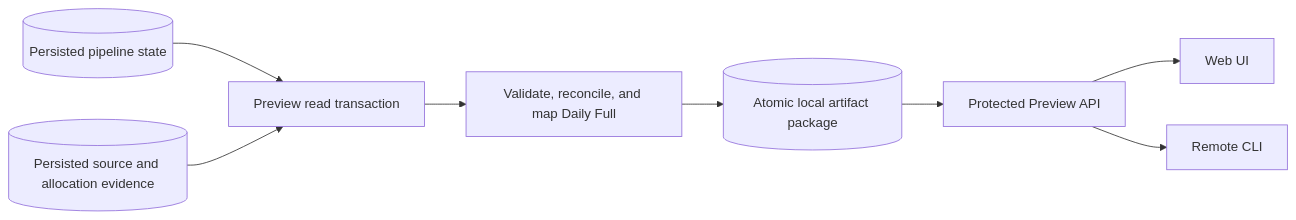
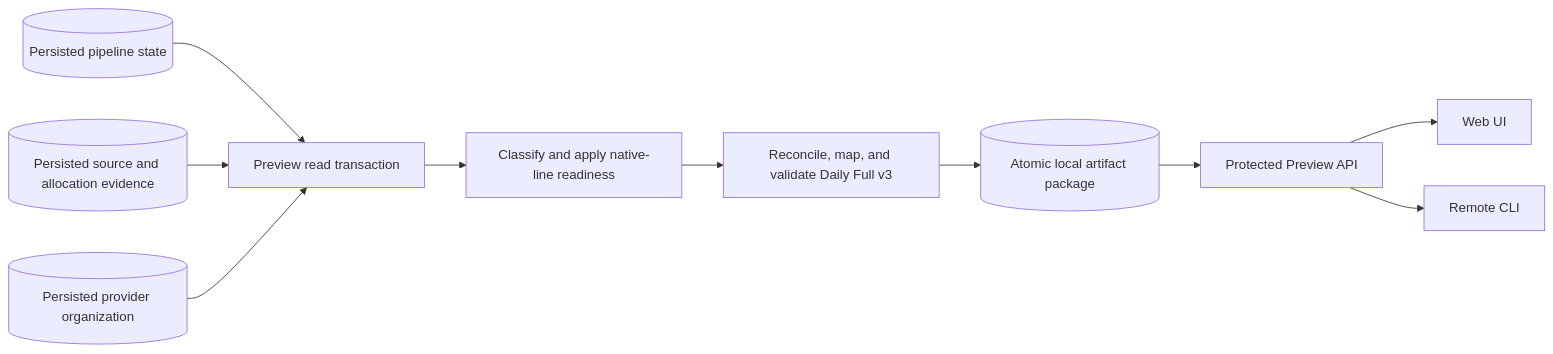
One commit to waliaabhishek/chitragupta changed the second of 2 diagrams in docs/architecture/data-flow.md. Above: the diagram before and after it, drawn with Mermaid. The commit also changed other lines of this file and 26 other files, not shown here.

````diff
--- a/docs/architecture/data-flow.md
+++ b/docs/architecture/data-flow.md
@@ -137,10 +141,12 @@
 ```mermaid
 flowchart LR
     PS[(Persisted pipeline state)] --> PR[Preview read transaction]
     EV[(Persisted source and allocation evidence)] --> PR
-    PR --> MAP[Validate, reconcile, and map Daily Full]
+    ORG[(Persisted provider organization)] --> PR
+    PR --> READY[Classify and apply native-line readiness]
+    READY --> MAP[Reconcile, map, and validate Daily Full v3]
     MAP --> ART[(Atomic local artifact package)]
     ART --> API[Protected Preview API]
     API --> UI[Web UI]
     API --> CLI[Remote CLI]
 ```
````
